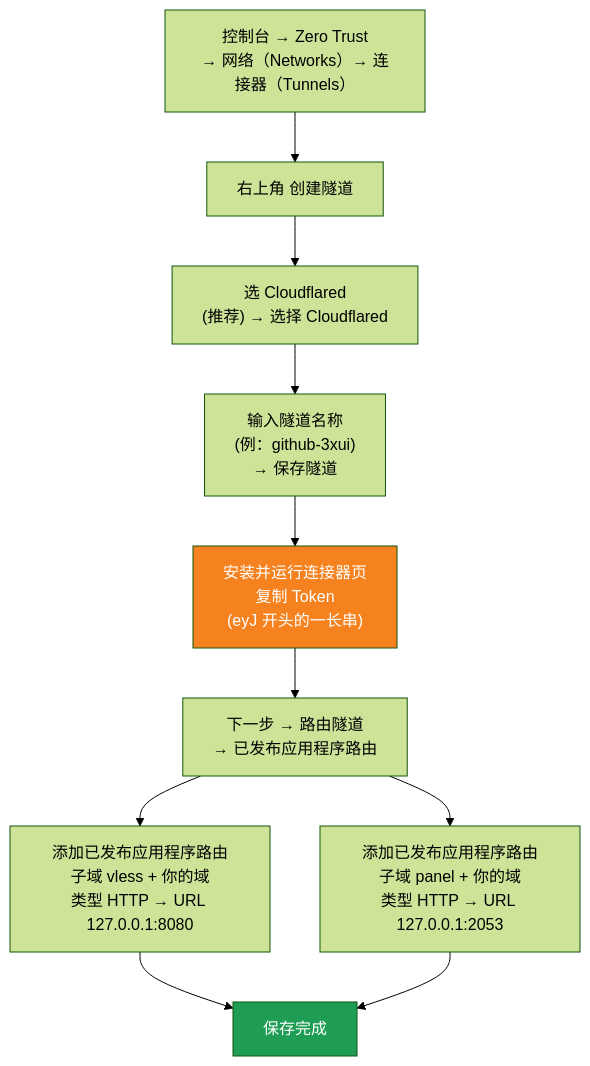
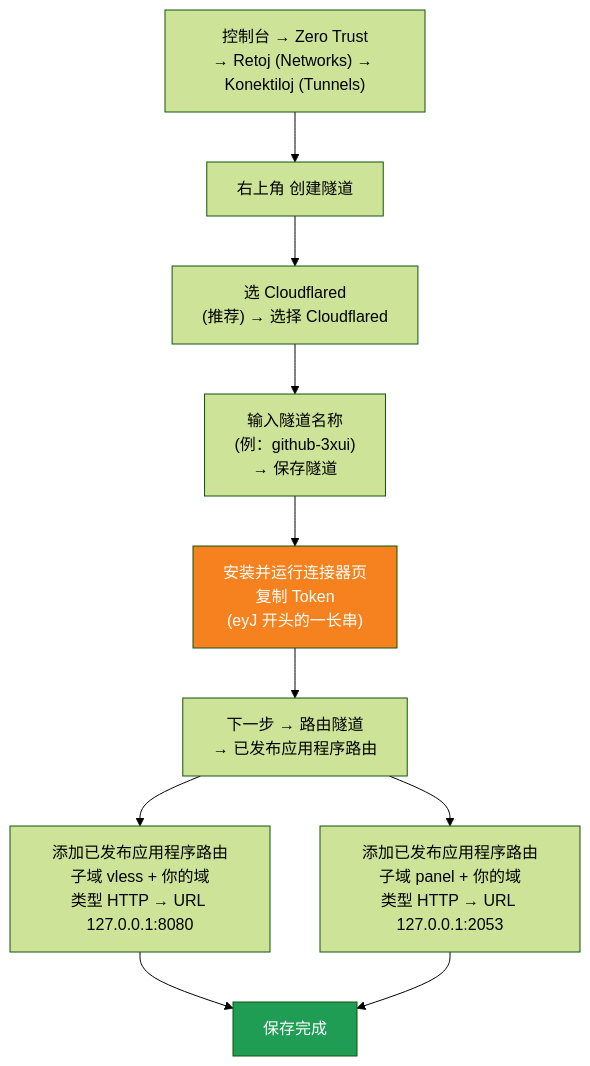
Before and after one commit to 1246437945/cloud-3xui: the third of 3 diagrams in README.eo.md, drawn with Mermaid (forest theme). The commit also changed other lines of this file, not shown here.

Commit message:
docs: UI labels

````diff
--- a/README.eo.md
+++ b/README.eo.md
@@ -72,15 +72,15 @@
 ```mermaid
 flowchart TD
-    A["控制台 → Zero Trust<br/>→ 网络（Networks）→ 连接器（Tunnels）"] --> B["右上角 创建隧道"]
+    A["控制台 → Zero Trust<br/>→ Retoj (Networks) → Konektiloj (Tunnels)"] --> B["右上角 创建隧道"]
     B --> C["选 Cloudflared<br/>(推荐) → 选择 Cloudflared"]
     C --> D["输入隧道名称<br/>(例：github-3xui)<br/>→ 保存隧道"]
     D --> E["安装并运行连接器页<br/>复制 Token<br/>(eyJ 开头的一长串)"]
     E --> F["下一步 → 路由隧道<br/>→ 已发布应用程序路由"]
     F --> G["添加已发布应用程序路由<br/>子域 vless + 你的域<br/>类型 HTTP → URL 127.0.0.1:8080"]
     F --> H["添加已发布应用程序路由<br/>子域 panel + 你的域<br/>类型 HTTP → URL 127.0.0.1:2053"]
     G --> I["保存完成"]
     H --> I
 
     style E fill:#f6821f,color:#fff
     style I fill:#1f9d55,color:#fff
 ```
````
